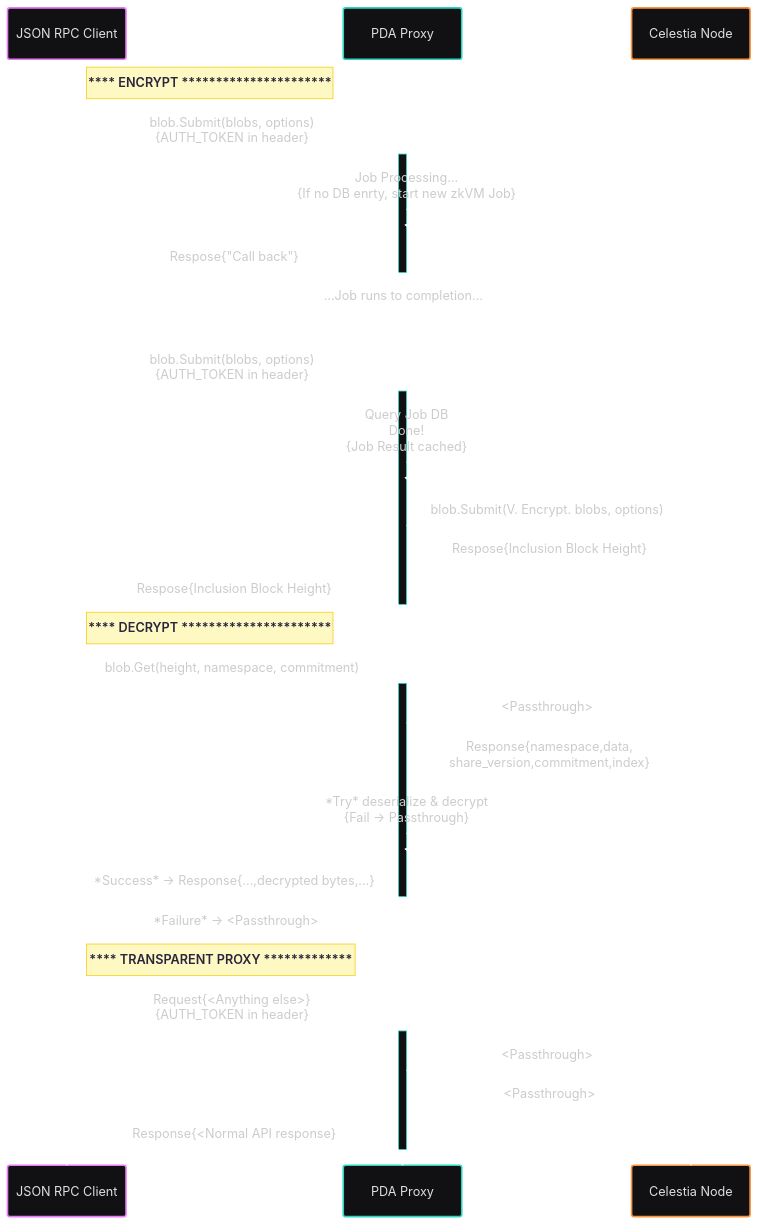
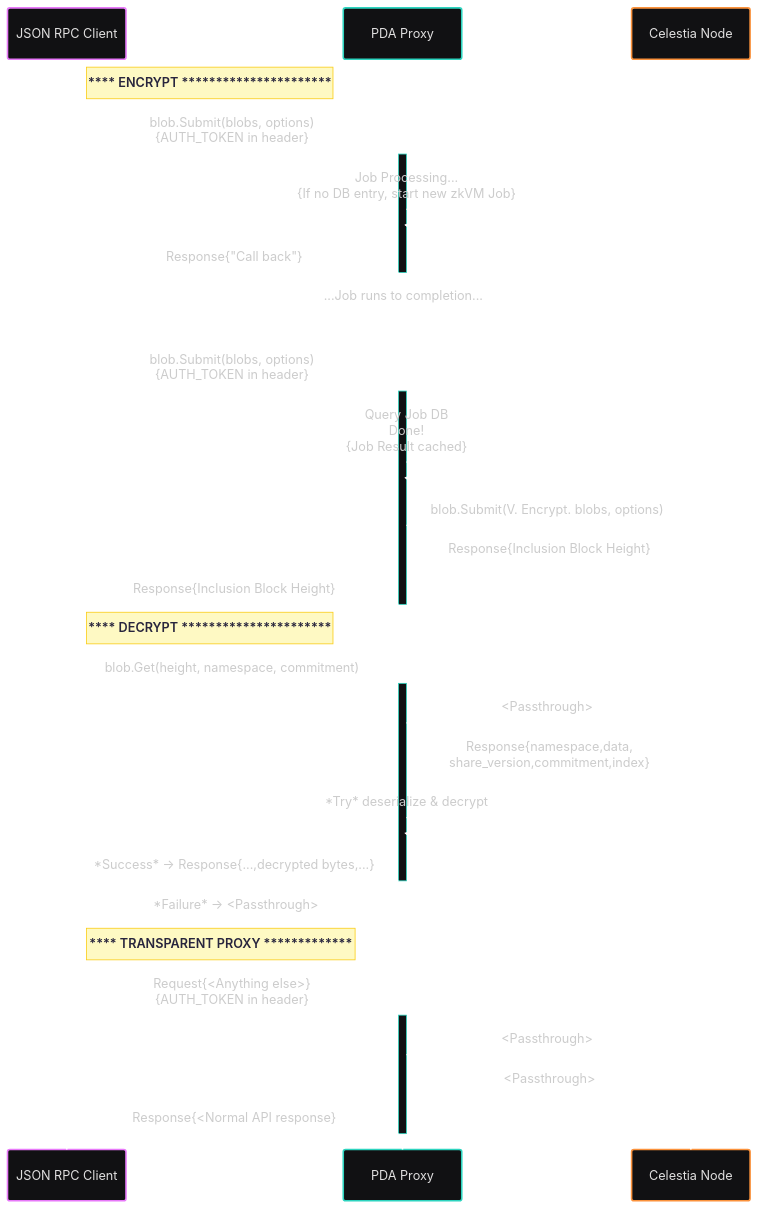
Before and after one commit to nuke-web3/pda-proxy: the diagram in README.md, drawn with Mermaid.

````diff
--- a/README.md
+++ b/README.md
@@ -46,36 +46,36 @@
 ```mermaid
 ---
 config:
   theme: redux-dark-color
 ---
 sequenceDiagram
     participant JSON RPC Client
     participant PDA Proxy
     participant Celestia Node
     note right of JSON RPC Client: **** ENCRYPT **********************
     JSON RPC Client->>+PDA Proxy: blob.Submit(blobs, options)<br>{AUTH_TOKEN in header}
-    PDA Proxy->>PDA Proxy: Job Processing...<br>{If no DB enrty, start new zkVM Job}
-    PDA Proxy->>-JSON RPC Client: Respose{"Call back"}
+    PDA Proxy->>PDA Proxy: Job Processing...<br>{If no DB entry, start new zkVM Job}
+    PDA Proxy->>-JSON RPC Client: Response{"Call back"}
     PDA Proxy->>PDA Proxy: ...Job runs to completion...
     JSON RPC Client->>+PDA Proxy:  blob.Submit(blobs, options)<br>{AUTH_TOKEN in header}
     PDA Proxy->>PDA Proxy: Query Job DB<br>Done!<br>{Job Result cached}
     PDA Proxy->>Celestia Node: blob.Submit(V. Encrypt. blobs, options)
-    Celestia Node->>PDA Proxy: Respose{Inclusion Block Height}
-    PDA Proxy->>-JSON RPC Client: Respose{Inclusion Block Height}
+    Celestia Node->>PDA Proxy: Response{Inclusion Block Height}
+    PDA Proxy->>-JSON RPC Client: Response{Inclusion Block Height}
 
     note right of JSON RPC Client: **** DECRYPT **********************
 
     JSON RPC Client->>+PDA Proxy: blob.Get(height, namespace, commitment)
     PDA Proxy->>Celestia Node: <Passthrough>
     Celestia Node->>PDA Proxy: Response{namespace,data,<br>share_version,commitment,index}
-    PDA Proxy->>PDA Proxy: *Try* deserialize & decrypt<br>{Fail -> Passthrough}
+    PDA Proxy->>PDA Proxy: *Try* deserialize & decrypt
     PDA Proxy->>-JSON RPC Client: *Success* -> Response{...,decrypted bytes,...}
     PDA Proxy->>JSON RPC Client: *Failure* -> <Passthrough>
 
     note right of JSON RPC Client: **** TRANSPARENT PROXY *************
 
     JSON RPC Client->>+PDA Proxy: Request{<Anything else>}<br>{AUTH_TOKEN in header}
     PDA Proxy->>Celestia Node: <Passthrough>
     Celestia Node->>PDA Proxy: <Passthrough>
     PDA Proxy->>-JSON RPC Client: Response{<Normal API response}
 ```
````
